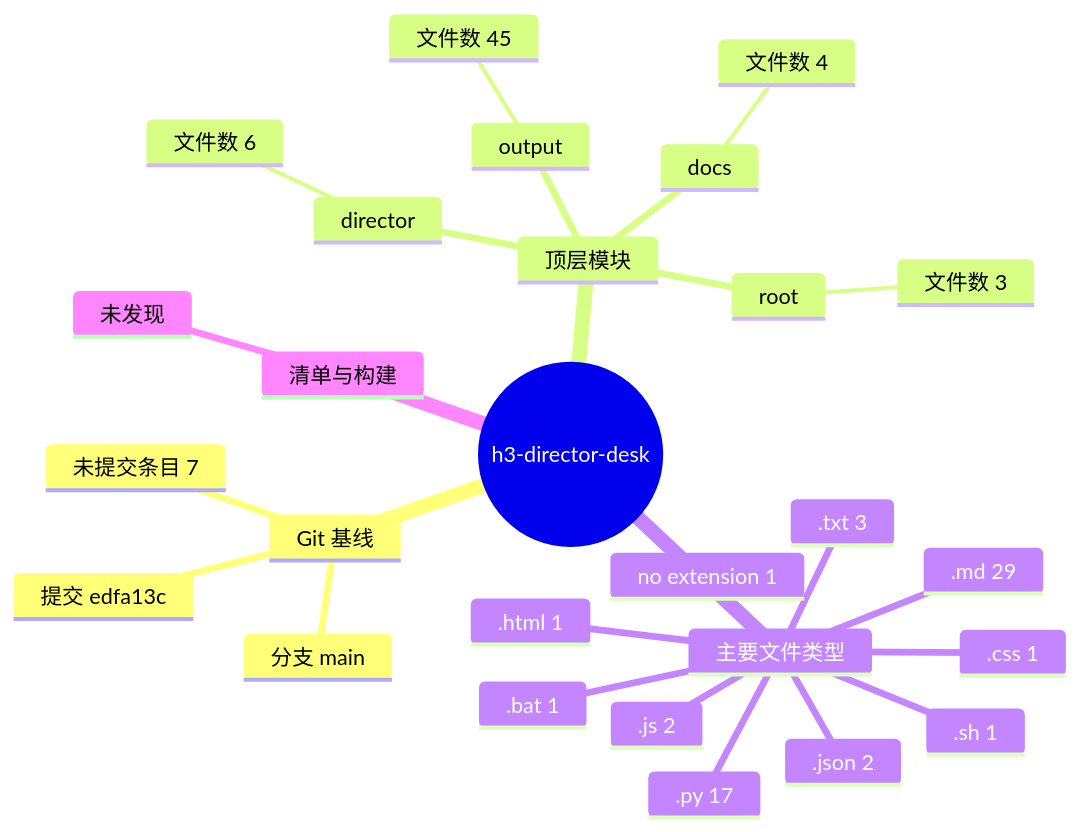
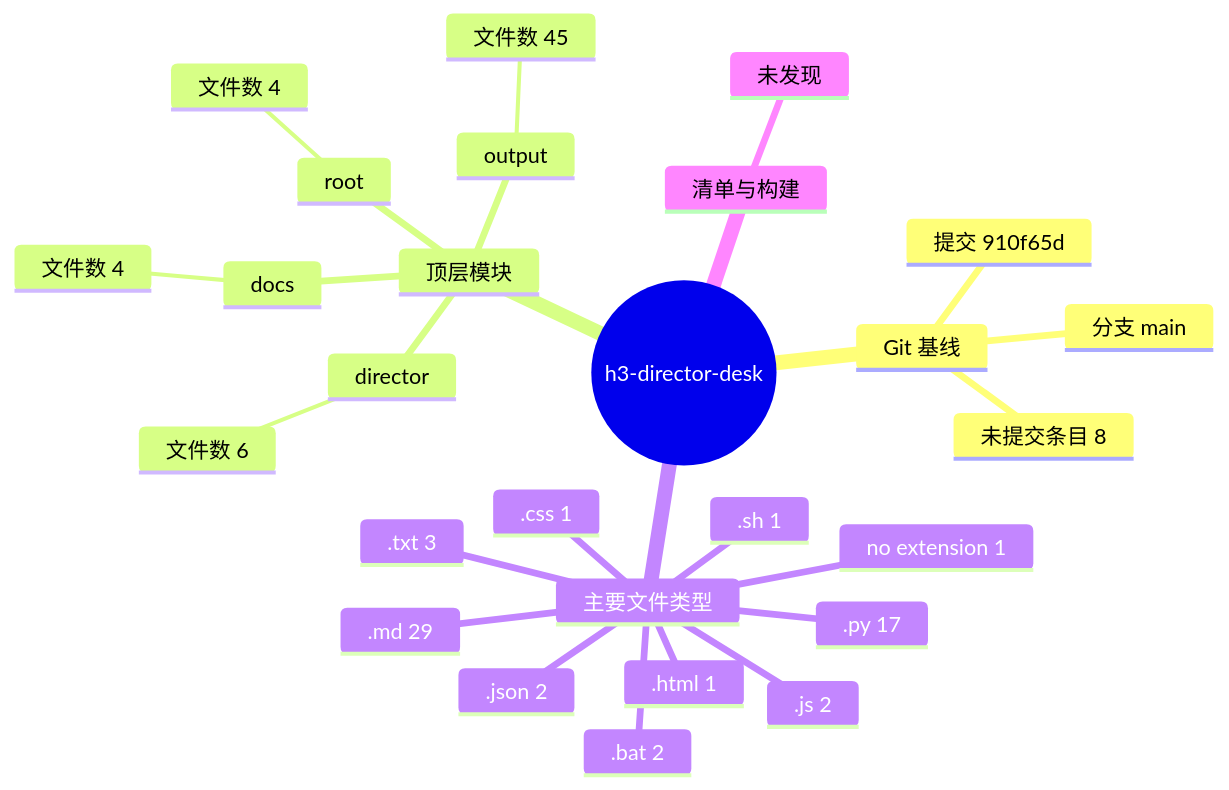
One commit to Exalex/h3-director-desk changed the diagram in docs/project-evolution/mindmaps/repository-structure.md. Above: the diagram before and after it, drawn with Mermaid. The commit also changed 7 other files, not shown here.

````diff
--- a/docs/project-evolution/mindmaps/repository-structure.md
+++ b/docs/project-evolution/mindmaps/repository-structure.md
@@ -5,30 +5,30 @@
 ```mermaid
 mindmap
   root((h3-director-desk))
     Git 基线
       分支 main
-      提交 edfa13c
-      未提交条目 7
+      提交 910f65d
+      未提交条目 8
     顶层模块
       output
         文件数 45
       director
         文件数 6
+      root
+        文件数 4
       docs
         文件数 4
-      root
-        文件数 3
     主要文件类型
       .md 29
       .py 17
       .txt 3
+      .bat 2
       .js 2
       .json 2
       no extension 1
-      .bat 1
       .html 1
       .css 1
       .sh 1
     清单与构建
       未发现
 ```
````
